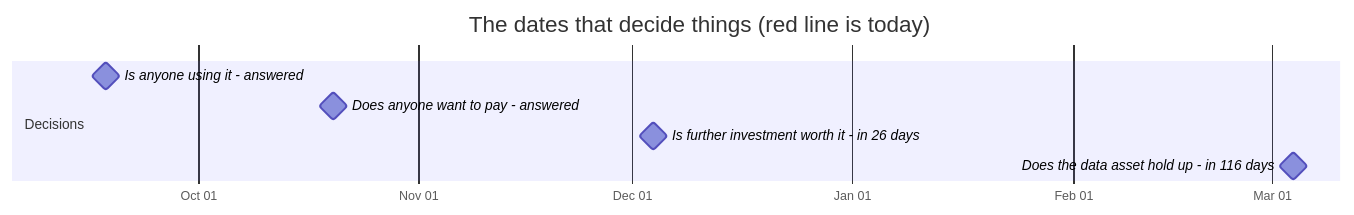
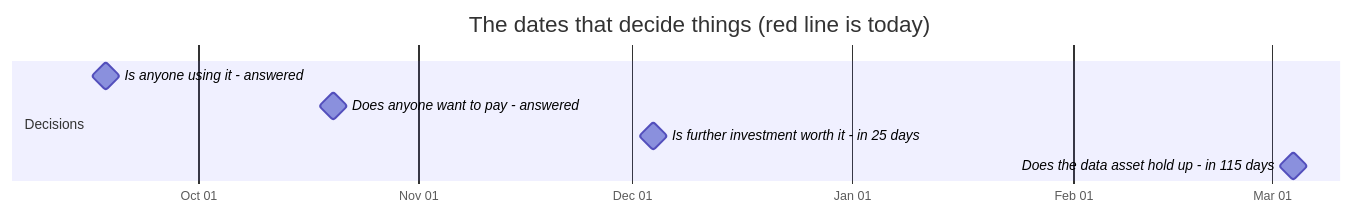
One commit to jakegu1/vetagent changed the first of 2 diagrams in docs/OWNER.md. Above: the diagram before and after it, drawn with Mermaid. The commit also changed other lines of this file and 1 other file, not shown here.

````diff
--- a/docs/OWNER.md
+++ b/docs/OWNER.md
@@ -67,12 +67,12 @@
 ```mermaid
 gantt
     dateFormat YYYY-MM-DD
     axisFormat %b %d
     todayMarker stroke-width:3px,stroke:#d33,stroke-dasharray:0
     title The dates that decide things (red line is today)
     section Decisions
     Is anyone using it - answered :milestone, 2026-09-18, 0d
     Does anyone want to pay - answered :milestone, 2026-10-20, 0d
-    Is further investment worth it - in 26 days :milestone, 2026-12-04, 0d
-    Does the data asset hold up - in 116 days :milestone, 2027-03-04, 0d
+    Is further investment worth it - in 25 days :milestone, 2026-12-04, 0d
+    Does the data asset hold up - in 115 days :milestone, 2027-03-04, 0d
 ```
````
